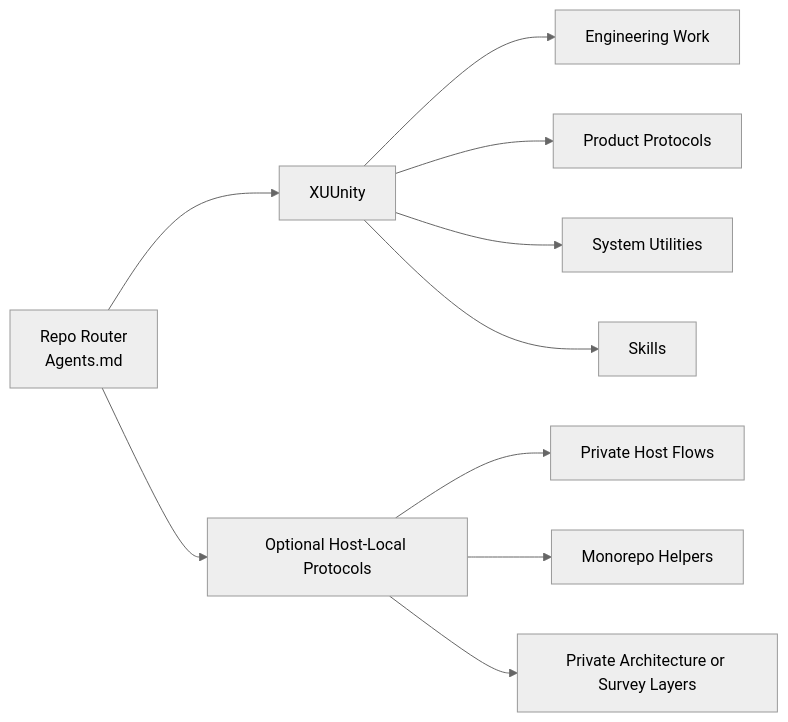
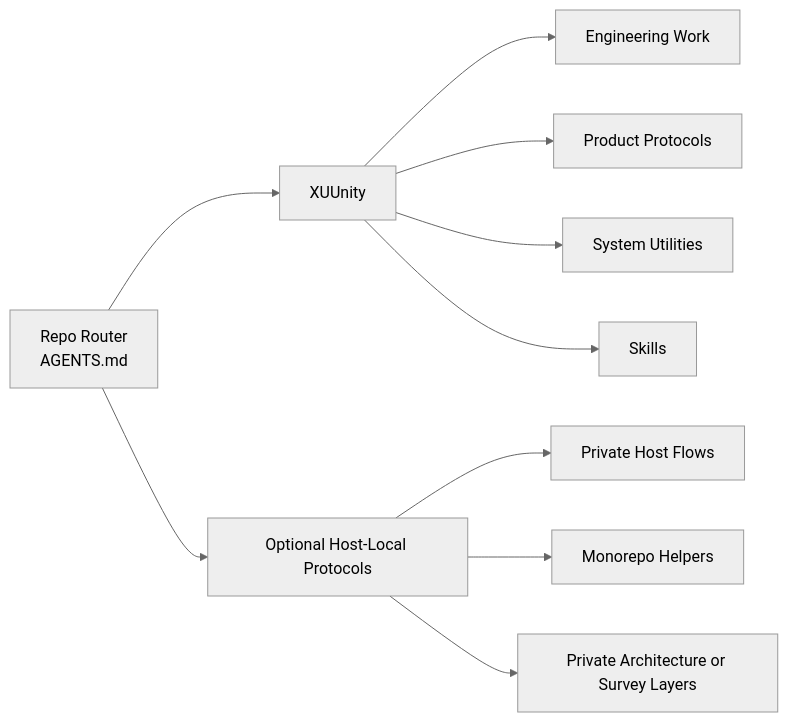
One commit to FoxsterDev/ai-research-hub changed the second of 8 diagrams in Visuals/AI_PROTOCOL_VISUAL_MAP.md. Above: the diagram before and after it, drawn with Mermaid (neutral theme). The commit also changed other lines of this file and 30 other files, not shown here.

````diff
--- a/Visuals/AI_PROTOCOL_VISUAL_MAP.md
+++ b/Visuals/AI_PROTOCOL_VISUAL_MAP.md
@@ -36,14 +36,14 @@
 ```mermaid
 flowchart LR
-    A[Repo Router<br/>Agents.md] --> B[XUUnity]
+    A[Repo Router<br/>AGENTS.md] --> B[XUUnity]
     A --> C[Optional Host-Local Protocols]
 
     B --> B1[Engineering Work]
     B --> B2[Product Protocols]
     B --> B3[System Utilities]
     B --> B4[Skills]
 
     C --> C1[Private Host Flows]
     C --> C2[Monorepo Helpers]
     C --> C3[Private Architecture or Survey Layers]
 ```
````
